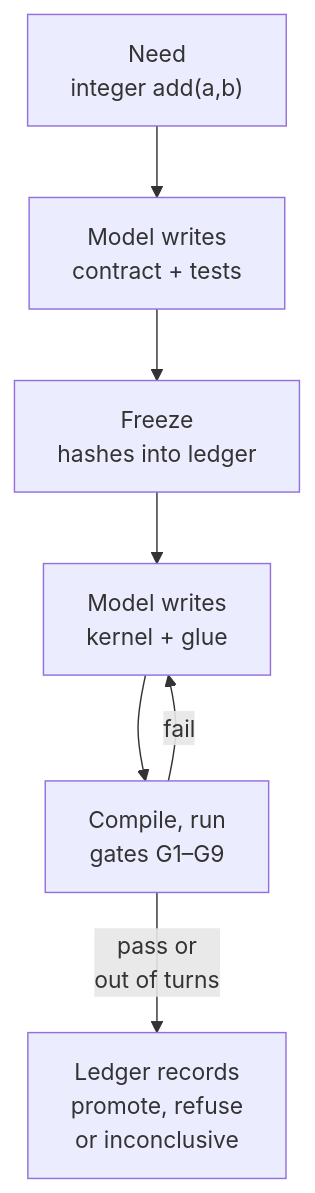
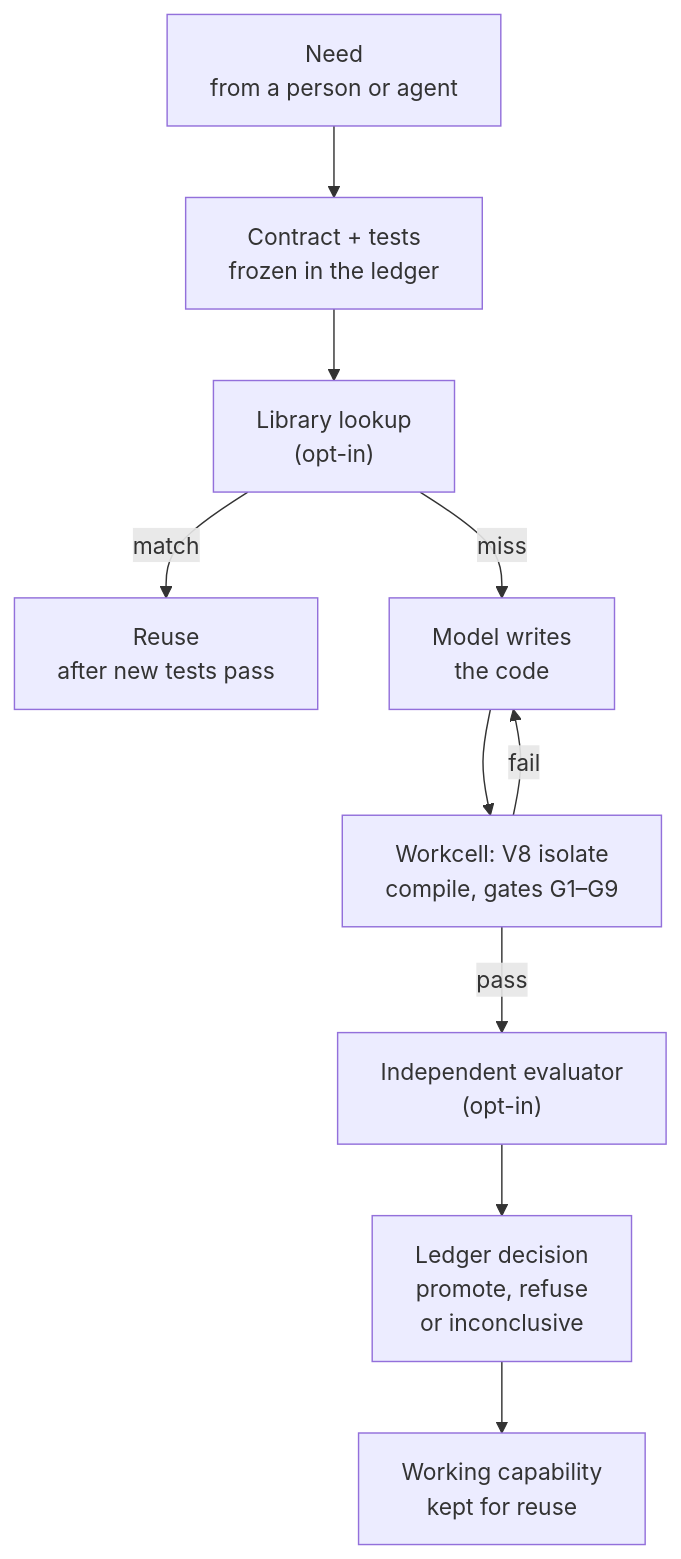
Before and after one commit to Akilleez-QA/endoforge: the diagram in README.md, drawn with Mermaid. The commit also changed other lines of this file and 3 other files, not shown here.

````diff
--- a/README.md
+++ b/README.md
@@ -35,9 +41,12 @@
 ```mermaid
 flowchart TD
-  need["Need<br/>integer add(a,b)"] --> spec["Model writes<br/>contract + tests"]
-  spec --> freeze["Freeze<br/>hashes into ledger"]
-  freeze --> impl["Model writes<br/>kernel + glue"]
-  impl --> gates["Compile, run<br/>gates G1–G9"]
-  gates -- "fail" --> impl
-  gates -- "pass or<br/>out of turns" --> decision["Ledger records<br/>promote, refuse<br/>or inconclusive"]
+  need["Need<br/>from a person or agent"] --> spec["Contract + tests<br/>frozen in the ledger"]
+  spec --> lib["Library lookup<br/>(opt-in)"]
+  lib -- "match" --> reuse["Reuse<br/>after new tests pass"]
+  lib -- "miss" --> gen["Model writes<br/>the code"]
+  gen --> cell["Workcell: V8 isolate<br/>compile, gates G1–G9"]
+  cell -- "fail" --> gen
+  cell -- "pass" --> synth["Independent evaluator<br/>(opt-in)"]
+  synth --> ledger["Ledger decision<br/>promote, refuse<br/>or inconclusive"]
+  ledger --> cap["Working capability<br/>kept for reuse"]
 ```
````
